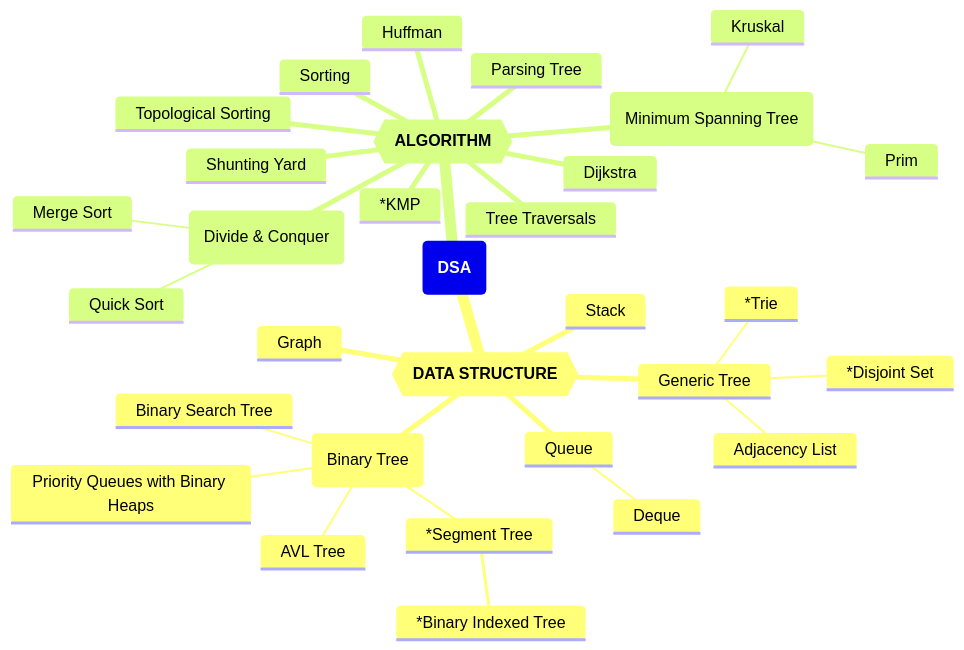
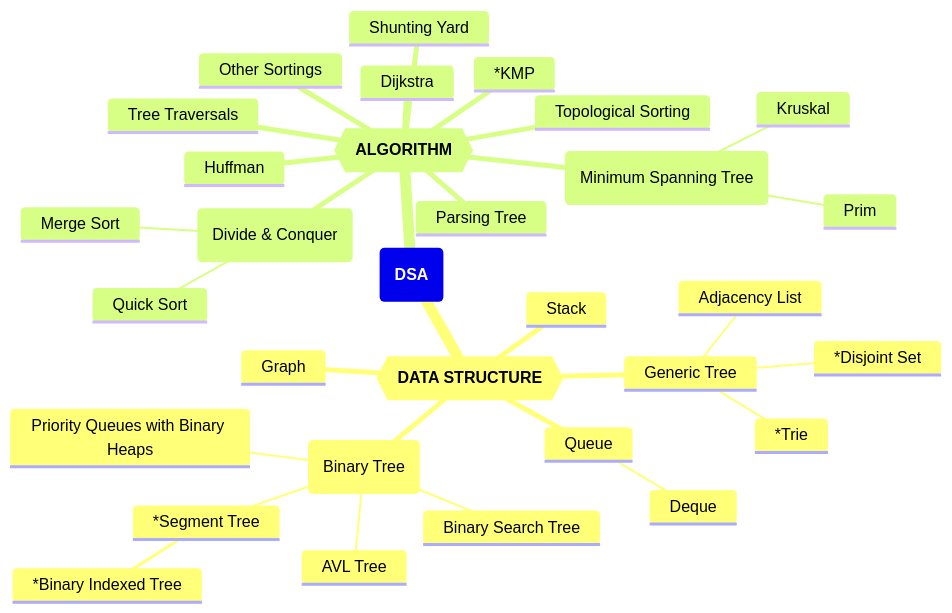
The first of 2 diagrams in dsa_mindmap.md (GMyhf/2024spring-cs201), drawn with Mermaid before and after one commit. The commit also changed other lines of this file, not shown here.

````diff
--- a/dsa_mindmap.md
+++ b/dsa_mindmap.md
@@ -15,35 +15,35 @@
 ```mermaid
 mindmap
   root(**DSA**)
     Structure{{**DATA STRUCTURE**}}
     	Stack
     	Queue
     		Deque
     	Generic Tree
     		Adjacency List
     		*Disjoint Set
     		*Trie
     	Binary Tree(Binary Tree)
     		Priority Queues with Binary Heaps
     		Binary Search Tree
     		AVL Tree
     		*Segment Tree
     			*Binary Indexed Tree
     	Graph
       
     Algorithm{{**ALGORITHM**}}
-    	Sorting
+    	Other Sortings
     	DC(Divide & Conquer)
     		Quick Sort
     		Merge Sort
     	Shunting Yard
     	Parsing Tree
     	Tree Traversals
     	Huffman
     	Dijkstra
     	Topological Sorting
     	MST(Minimum Spanning Tree)
     		Prim
     		Kruskal
     	*KMP
 ```
````
